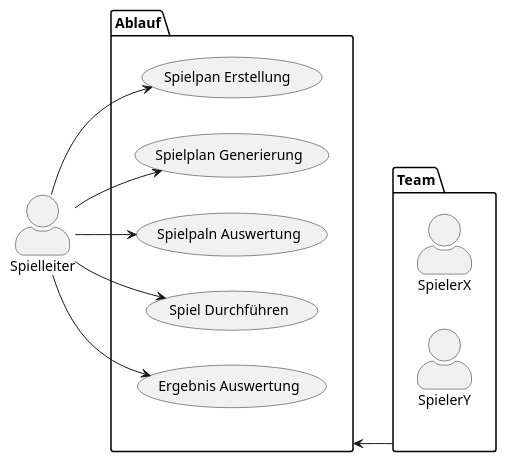
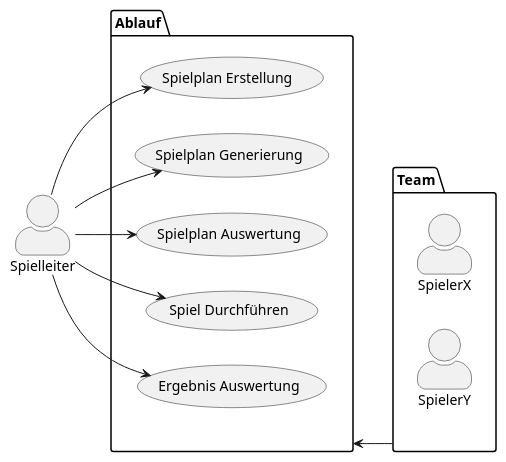
Before and after one commit to htl-leonding-project/2022-4ahif-autohaus: the diagram in asciidocs/plantuml/tournament.puml, drawn with PlantUML. The commit also changed 1 other file, not shown here.

```diff
--- a/asciidocs/plantuml/tournament.puml
+++ b/asciidocs/plantuml/tournament.puml
@@ -1,26 +1,26 @@
 @startuml
 left to right direction
 skinparam actorStyle awesome
 actor Spielleiter as s
 package Team as team{
   actor SpielerX as x
   actor "SpielerY" as y
 }
 
 
 package Ablauf as ablauf {
-  usecase "Spielpan Erstellung " as UC1
+  usecase "Spielplan Erstellung " as UC1
   usecase "Spielplan Generierung" as UC2
-  usecase "Spielpaln Auswertung" as UC3
+  usecase "Spielplan Auswertung" as UC3
   usecase "Spiel Durchführen" as UC4
   usecase "Ergebnis Auswertung" as UC5
 }
 
 ablauf <-- team
 s --> UC1
 s --> UC2
 s --> UC3
 s --> UC4
 s --> UC5
 
 @enduml
```
